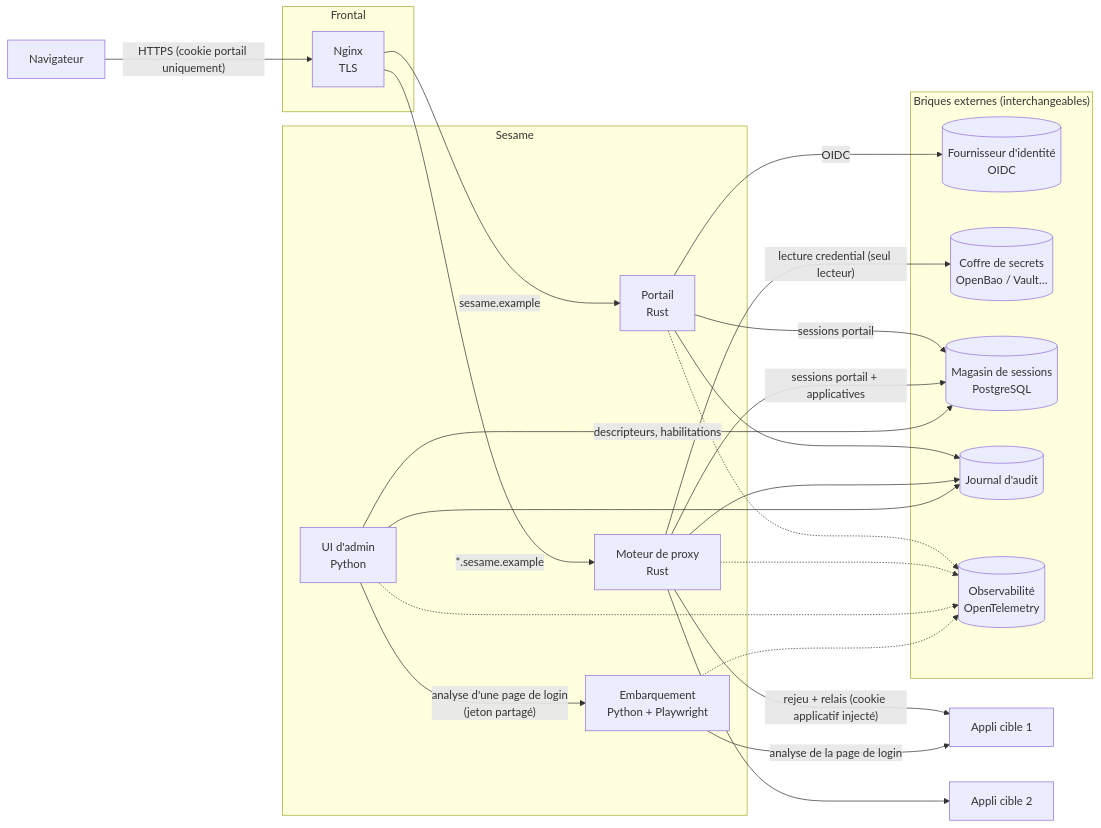
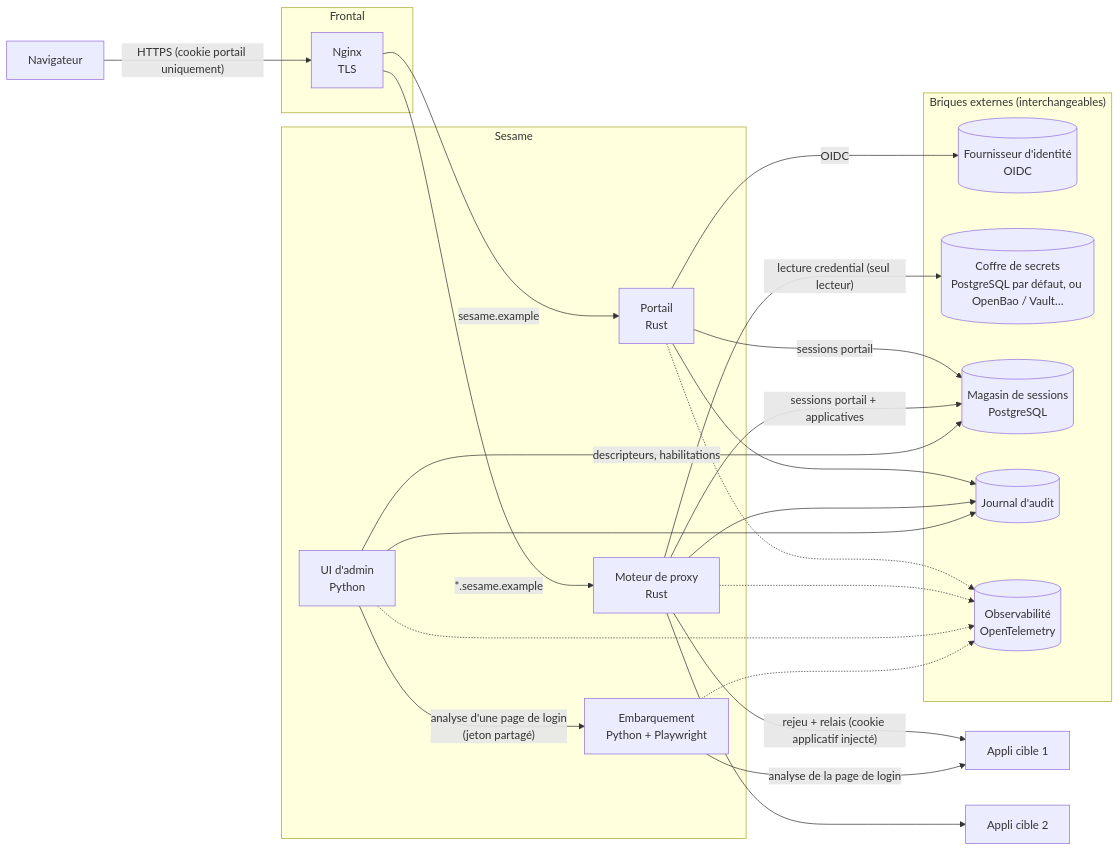
Before and after one commit to neoisback431/Sesame: the first of 7 diagrams in docs/architecture.md, drawn with Mermaid. The commit also changed other lines of this file and 7 other files, not shown here.

First line of the commit message:
Docs : ADR 0021, architecture, configuration et CLAUDE.md à jour (coffre PostgreSQL)

````diff
--- a/docs/architecture.md
+++ b/docs/architecture.md
@@ -9,37 +9,37 @@
 ```mermaid
 flowchart LR
     B[Navigateur]
     subgraph Frontal
         N[Nginx<br/>TLS]
     end
     subgraph Sesame
         P[Portail<br/>Rust]
         X[Moteur de proxy<br/>Rust]
         A[UI d'admin<br/>Python]
         O[Embarquement<br/>Python + Playwright]
     end
     subgraph "Briques externes (interchangeables)"
         IDP[(Fournisseur d'identité<br/>OIDC)]
-        S[(Coffre de secrets<br/>OpenBao / Vault…)]
+        S[(Coffre de secrets<br/>PostgreSQL par défaut, ou OpenBao / Vault…)]
         DB[(Magasin de sessions<br/>PostgreSQL)]
         AU[(Journal d'audit)]
         OT[(Observabilité<br/>OpenTelemetry)]
     end
     APP1[Appli cible 1]
     APP2[Appli cible 2]
 
     B -- "HTTPS (cookie portail uniquement)" --> N
     N -- "sesame.example" --> P
     N -- "*.sesame.example" --> X
     P -- OIDC --> IDP
     P -- sessions portail --> DB
     X -- sessions portail + applicatives --> DB
     X -- "lecture credential (seul lecteur)" --> S
     X -- "rejeu + relais (cookie applicatif injecté)" --> APP1
     X --> APP2
     P & X & A --> AU
     P & X & A & O -.-> OT
     A -- descripteurs, habilitations --> DB
     A -- "analyse d'une page de login<br/>(jeton partagé)" --> O
     O -- "analyse de la page de login" --> APP1
 ```
````
